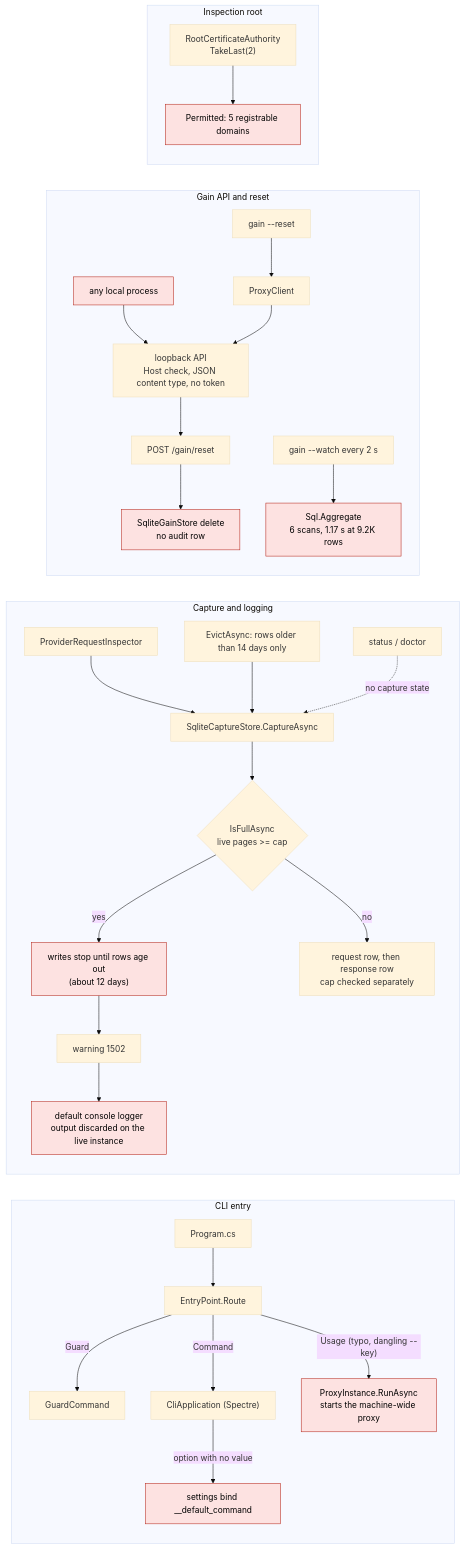
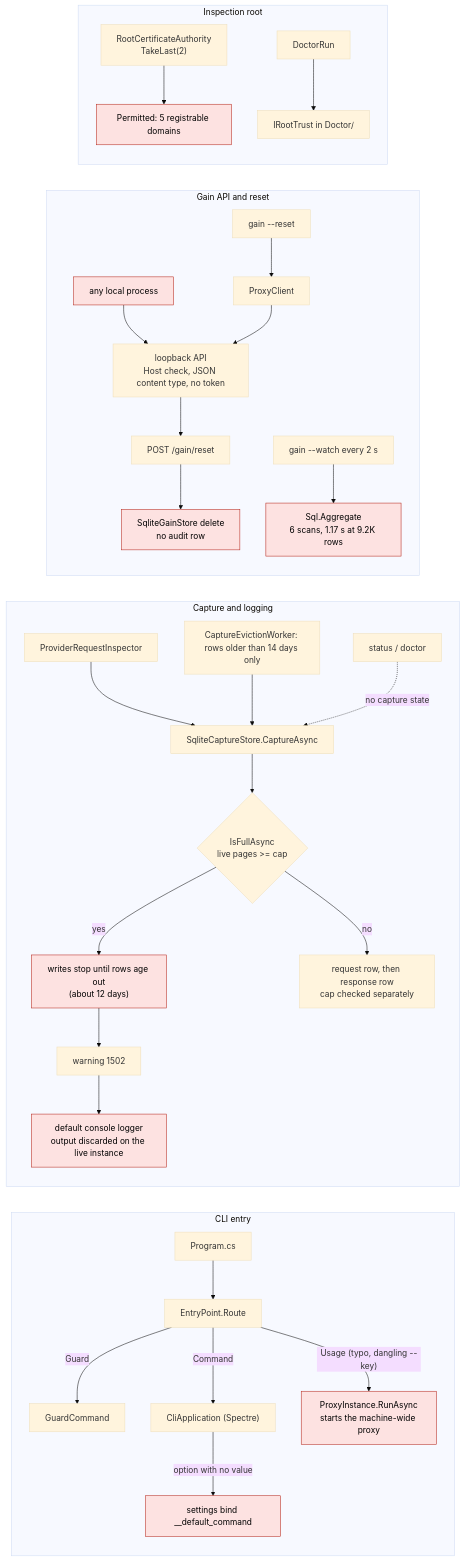
One commit to Arasz/ai-proxy changed the first of 3 diagrams in docs/work/2026-11-21-project-review-plan.md. Above: the diagram before and after it, drawn with Mermaid (base theme). The commit also changed other lines of this file, not shown here.

````diff
--- a/docs/work/2026-11-21-project-review-plan.md
+++ b/docs/work/2026-11-21-project-review-plan.md
@@ -17,31 +59,32 @@
 ```mermaid
 flowchart LR
   subgraph CLI["CLI entry"]
     P["Program.cs"] --> R["EntryPoint.Route"]
     R -- Guard --> G["GuardCommand"]
     R -- Command --> C["CliApplication (Spectre)"]
     R -- "Usage (typo, dangling --key)" --> RUN["ProxyInstance.RunAsync<br/>starts the machine-wide proxy"]
     C -- "option with no value" --> DEF["settings bind __default_command"]
   end
   subgraph CAP["Capture and logging"]
     I["ProviderRequestInspector"] --> CS["SqliteCaptureStore.CaptureAsync"]
     CS --> FULL{"IsFullAsync<br/>live pages >= cap"}
     FULL -- yes --> STOP["writes stop until rows age out<br/>(about 12 days)"]
     FULL -- no --> W["request row, then response row<br/>cap checked separately"]
-    EV["EvictAsync: rows older than 14 days only"] --> CS
+    EV["CaptureEvictionWorker: rows older than 14 days only"] --> CS
     STOP --> L1502["warning 1502"] --> CON["default console logger<br/>output discarded on the live instance"]
     ST["status / doctor"] -. "no capture state" .-> CS
   end
   subgraph GAIN["Gain API and reset"]
     GR["gain --reset"] --> PC["ProxyClient"]
     ANY["any local process"] --> API
     PC --> API["loopback API<br/>Host check, JSON content type, no token"]
     API --> RE["POST /gain/reset"] --> DEL["SqliteGainStore delete<br/>no audit row"]
     WATCH["gain --watch every 2 s"] --> AGG["Sql.Aggregate<br/>6 scans, 1.17 s at 9.2K rows"]
   end
   subgraph ROOT["Inspection root"]
     RCA["RootCertificateAuthority<br/>TakeLast(2)"] --> NC["Permitted: 5 registrable domains"]
+    DR["DoctorRun"] --> RT["IRootTrust in Doctor/"]
   end
   classDef bad fill:#fde2e1,stroke:#b42318,color:#000;
   class RUN,DEF,STOP,CON,DEL,ANY,NC,AGG bad;
 ```
````
